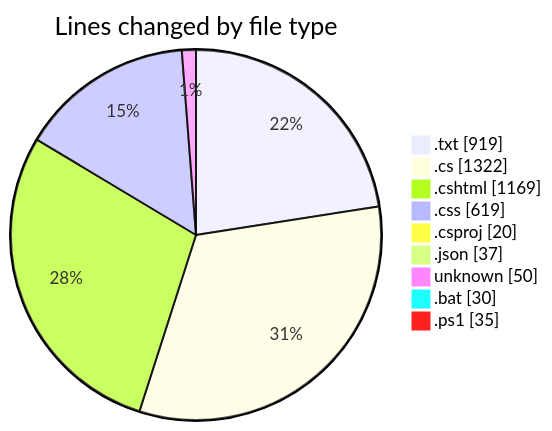
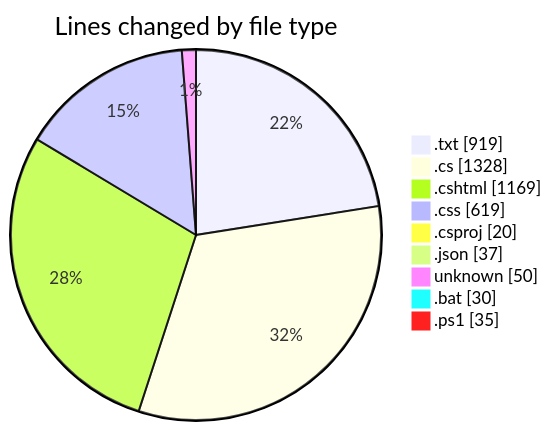
One commit to lephambinh05/code-tracking changed the first of 2 diagrams in 2025-07-26/quanlyrapchieuphim-1/README.md. Above: the diagram before and after it, drawn with Mermaid. The commit also changed other lines of this file and 1 other file, not shown here.

````diff
--- a/2025-07-26/quanlyrapchieuphim-1/README.md
+++ b/2025-07-26/quanlyrapchieuphim-1/README.md
@@ -36,13 +36,13 @@
 ```mermaid
 pie showData
 title Lines changed by file type
 ".txt" : 919
-".cs" : 1322
+".cs" : 1328
 ".cshtml" : 1169
 ".css" : 619
 ".csproj" : 20
 ".json" : 37
 "unknown" : 50
 ".bat" : 30
 ".ps1" : 35
 ```
````
